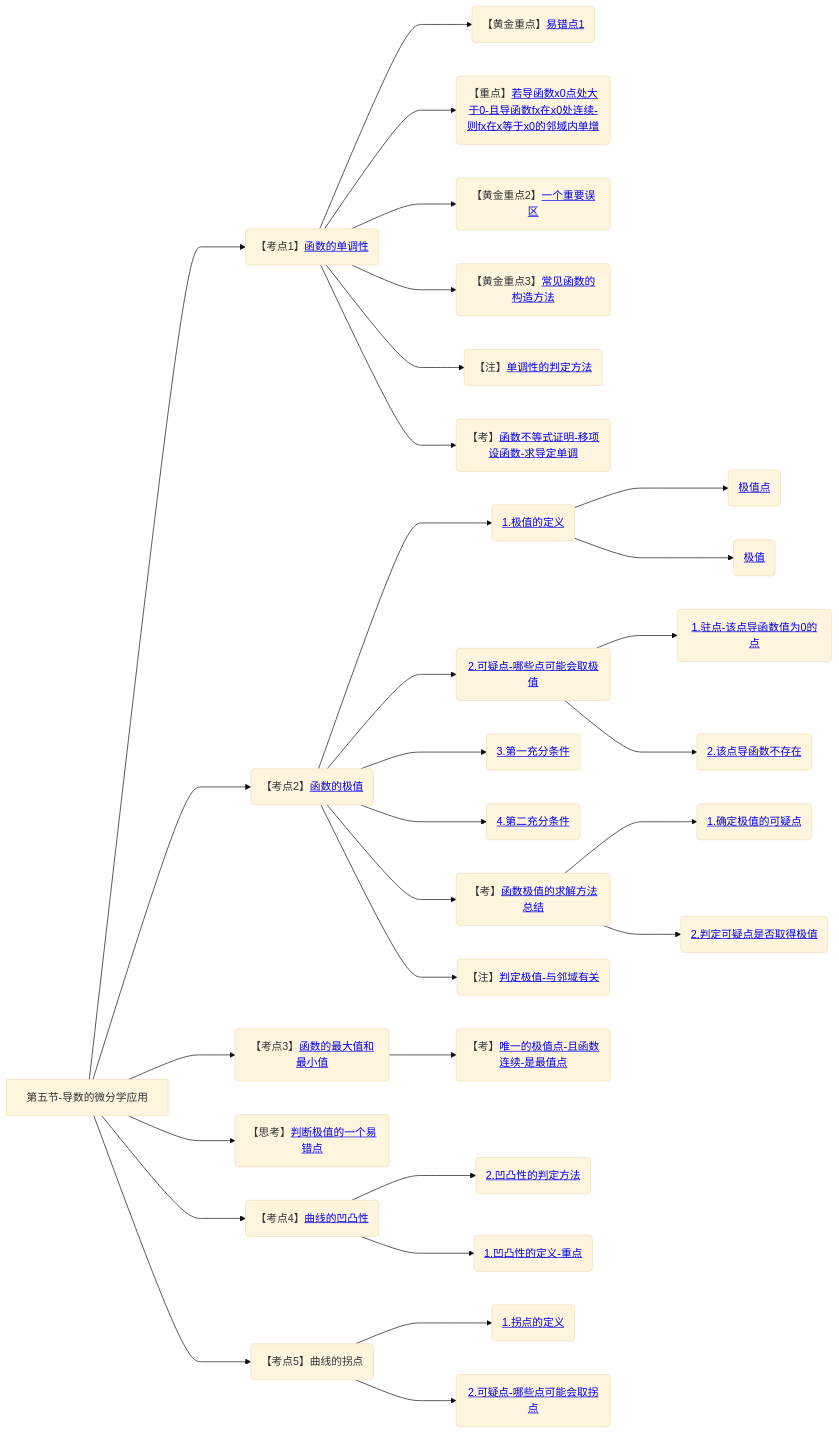
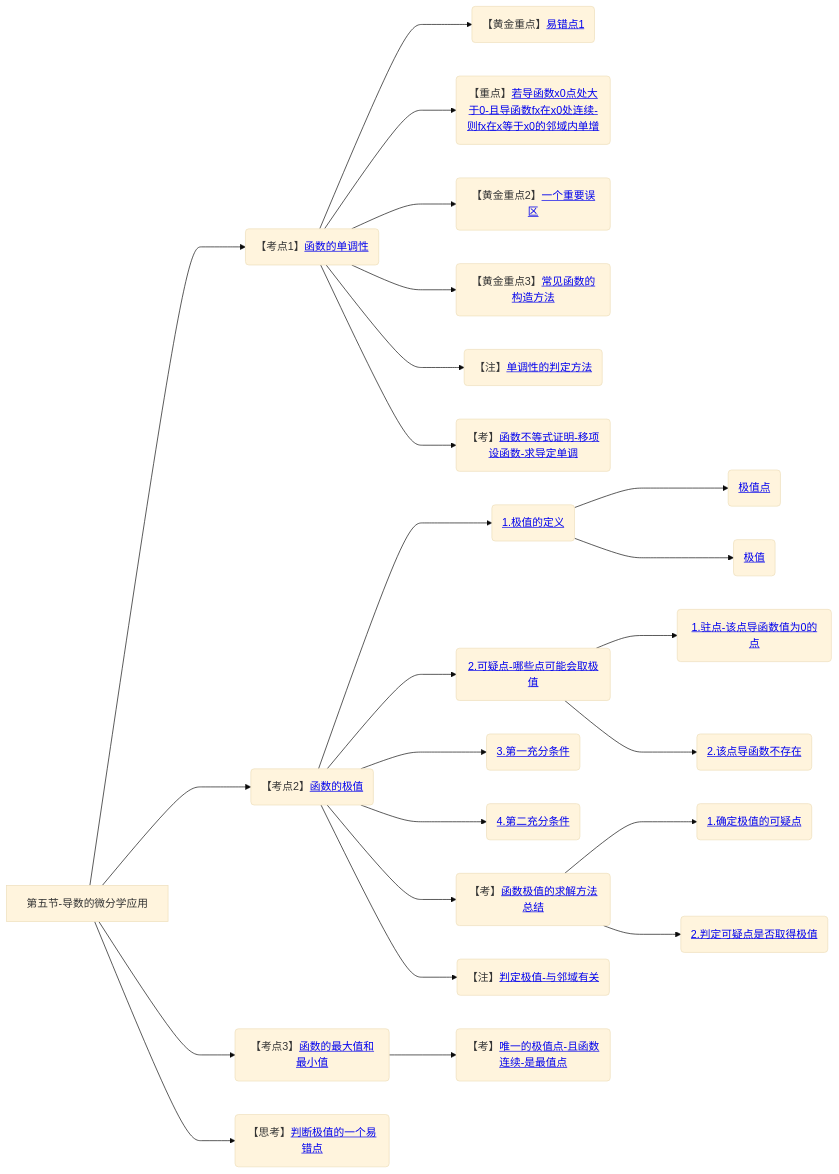
One commit to yuebinghui/note changed diagram 15 of 16 in 笔记/数学/周洋鑫/01.基础班思维导图.md. Above: the diagram before and after it, drawn with Mermaid (base theme). The commit also changed other lines of this file and 4 other files, not shown here.

````diff
--- a/笔记/数学/周洋鑫/01.基础班思维导图.md
+++ b/笔记/数学/周洋鑫/01.基础班思维导图.md
@@ -530,39 +530,33 @@
 ```mermaid
 graph LR
 第五节-导数的微分学应用
 
 第五节-导数的微分学应用--->函数的单调性(【考点1】<a href="/Users/yuebinghui/Documents/program/github/note/笔记/数学/周洋鑫/基础班/15.导数的微分学应用_1.md#函数的单调性">函数的单调性</>)
 函数的单调性--->易错点1(【黄金重点】<a href="/Users/yuebinghui/Documents/program/github/note/笔记/数学/周洋鑫/基础班/15.导数的微分学应用_1.md#易错点1">易错点1</>)
 函数的单调性--->若导函数x0点处大于0-且导函数fx在x0处连续-则fx在x等于x0的邻域内单增(【重点】<a href="/Users/yuebinghui/Documents/program/github/note/笔记/数学/周洋鑫/基础班/15.导数的微分学应用_1.md#若导函数x0点处大于0-且导函数fx在x0处连续-则fx在x等于x0的邻域内单增">若导函数x0点处大于0-且导函数fx在x0处连续-则fx在x等于x0的邻域内单增</>)
 函数的单调性--->一个重要误区(【黄金重点2】<a href="/Users/yuebinghui/Documents/program/github/note/笔记/数学/周洋鑫/基础班/15.导数的微分学应用_1.md#一个重要误区">一个重要误区</>)
 函数的单调性--->常见函数的构造方法(【黄金重点3】<a href="/Users/yuebinghui/Documents/program/github/note/笔记/数学/周洋鑫/基础班/15.导数的微分学应用_1.md#常见函数的构造方法">常见函数的构造方法</>)
 函数的单调性--->单调性的判定方法(【注】<a href="/Users/yuebinghui/Documents/program/github/note/笔记/数学/周洋鑫/基础班/15.导数的微分学应用_1.md#单调性的判定方法">单调性的判定方法</>)
 函数的单调性--->函数不等式证明-移项设函数-求导定单调(【考】<a href="/Users/yuebinghui/Documents/program/github/note/笔记/数学/周洋鑫/基础班/15.导数的微分学应用_1.md#函数不等式证明-移项设函数-求导定单调">函数不等式证明-移项设函数-求导定单调</>)
 
 第五节-导数的微分学应用--->函数的极值(【考点2】<a href="/Users/yuebinghui/Documents/program/github/note/笔记/数学/周洋鑫/基础班/16.导数的微分学应用_2.md#函数的极值">函数的极值</>)
 函数的极值--->1.极值的定义(<a href="/Users/yuebinghui/Documents/program/github/note/笔记/数学/周洋鑫/基础班/16.导数的微分学应用_2.md#1.极值的定义">1.极值的定义</>)
 1.极值的定义--->极值点(<a href="/Users/yuebinghui/Documents/program/github/note/笔记/数学/周洋鑫/基础班/16.导数的微分学应用_2.md#极值点">极值点</>)
 1.极值的定义--->极值(<a href="/Users/yuebinghui/Documents/program/github/note/笔记/数学/周洋鑫/基础班/16.导数的微分学应用_2.md#极值">极值</>)
 函数的极值--->2.可疑点-哪些点可能会取极值(<a href="/Users/yuebinghui/Documents/program/github/note/笔记/数学/周洋鑫/基础班/16.导数的微分学应用_2.md#2.可疑点-哪些点可能会取极值">2.可疑点-哪些点可能会取极值</>)
 2.可疑点-哪些点可能会取极值--->1.驻点-该点导函数值为0的点(<a href="/Users/yuebinghui/Documents/program/github/note/笔记/数学/周洋鑫/基础班/16.导数的微分学应用_2.md#1.驻点-该点导函数值为0的点">1.驻点-该点导函数值为0的点</>)
 2.可疑点-哪些点可能会取极值--->2.该点导函数不存在(<a href="/Users/yuebinghui/Documents/program/github/note/笔记/数学/周洋鑫/基础班/16.导数的微分学应用_2.md#2.该点导函数不存在">2.该点导函数不存在</>)
 函数的极值--->3.第一充分条件(<a href="/Users/yuebinghui/Documents/program/github/note/笔记/数学/周洋鑫/基础班/16.导数的微分学应用_2.md#3.第一充分条件">3.第一充分条件</>)
 函数的极值--->4.第二充分条件(<a href="/Users/yuebinghui/Documents/program/github/note/笔记/数学/周洋鑫/基础班/16.导数的微分学应用_2.md#4.第二充分条件">4.第二充分条件</>)
 函数的极值--->函数极值的求解方法总结(【考】<a href="/Users/yuebinghui/Documents/program/github/note/笔记/数学/周洋鑫/基础班/16.导数的微分学应用_2.md#函数极值的求解方法总结">函数极值的求解方法总结</>)
 函数极值的求解方法总结--->1.确定极值的可疑点(<a href="/Users/yuebinghui/Documents/program/github/note/笔记/数学/周洋鑫/基础班/16.导数的微分学应用_2.md#1.确定极值的可疑点">1.确定极值的可疑点</>)
 函数极值的求解方法总结--->2.判定可疑点是否取得极值(<a href="/Users/yuebinghui/Documents/program/github/note/笔记/数学/周洋鑫/基础班/16.导数的微分学应用_2.md#2.判定可疑点是否取得极值">2.判定可疑点是否取得极值</>)
 函数的极值--->判定极值-与邻域有关(【注】<a href="/Users/yuebinghui/Documents/program/github/note/笔记/数学/周洋鑫/基础班/16.导数的微分学应用_2.md#判定极值-与邻域有关">判定极值-与邻域有关</>)
 
 第五节-导数的微分学应用--->函数的最大值和最小值(【考点3】<a href="/Users/yuebinghui/Documents/program/github/note/笔记/数学/周洋鑫/基础班/16.导数的微分学应用_2.md#函数的最大值和最小值">函数的最大值和最小值</>)
 函数的最大值和最小值--->唯一的极值点-且函数连续-是最值点(【考】<a href="/Users/yuebinghui/Documents/program/github/note/笔记/数学/周洋鑫/基础班/16.导数的微分学应用_2.md#唯一的极值点-且函数连续-是最值点">唯一的极值点-且函数连续-是最值点</>)
 
 第五节-导数的微分学应用--->一个易错点(【思考】<a href="/Users/yuebinghui/Documents/program/github/note/笔记/数学/周洋鑫/基础班/17.导数的微分学应用_3.md#一个易错点">判断极值的一个易错点</>)
 
-第五节-导数的微分学应用--->曲线的凹凸性(【考点4】<a href="/Users/yuebinghui/Documents/program/github/note/笔记/数学/周洋鑫/基础班/17.导数的微分学应用_3.md#曲线的凹凸性">曲线的凹凸性</>)
-曲线的凹凸性--->2.凹凸性的判定方法(<a href="/Users/yuebinghui/Documents/program/github/note/笔记/数学/周洋鑫/基础班/17.导数的微分学应用_3.md#2.凹凸性的判定方法">2.凹凸性的判定方法</>)
-曲线的凹凸性--->1.凹凸性的定义-重点(<a href="/Users/yuebinghui/Documents/program/github/note/笔记/数学/周洋鑫/基础班/17.导数的微分学应用_3.md#1.凹凸性的定义-重点">1.凹凸性的定义-重点</>)
 
-第五节-导数的微分学应用--->曲线的拐点(【考点5】曲线的拐点)
-曲线的拐点--->1.拐点的定义(<a href="/Users/yuebinghui/Documents/program/github/note/笔记/数学/周洋鑫/基础班/17.导数的微分学应用_3.md#1.拐点的定义">1.拐点的定义</>)
-曲线的拐点--->2.可疑点-哪些点可能会取拐点(<a href="/Users/yuebinghui/Documents/program/github/note/笔记/数学/周洋鑫/基础班/17.导数的微分学应用_3.md#2.可疑点-哪些点可能会取拐点">2.可疑点-哪些点可能会取拐点</>)
 ```
````
